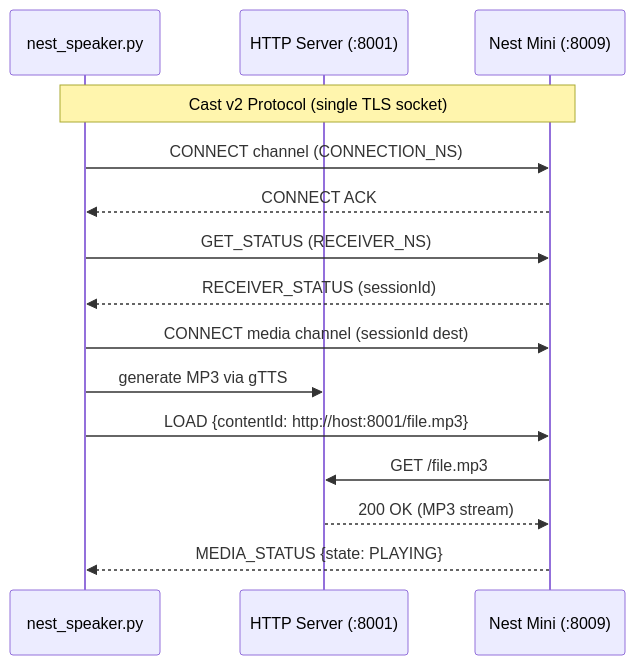
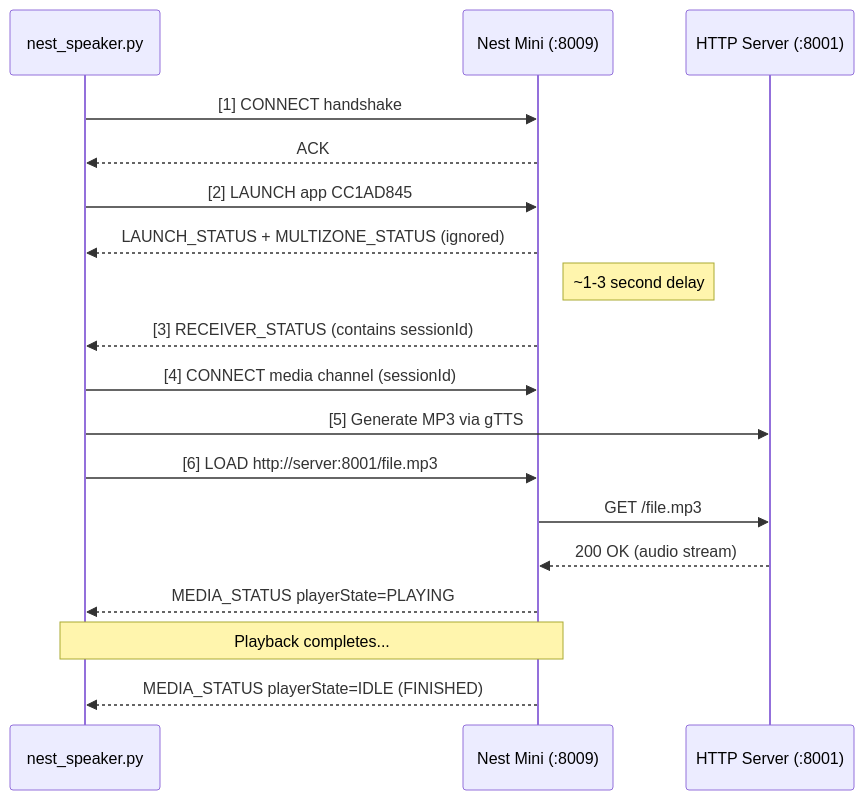
One commit to agent-daryl/NestSpeaker changed the diagram in README.md. Above: the diagram before and after it, drawn with Mermaid. The commit also changed other lines of this file and 1 other file, not shown here.

First line of the commit message:
feat: add --ip flag, auto-detect server IP, rewrite README for newcomers

````diff
--- a/README.md
+++ b/README.md
@@ -31,18 +88,21 @@
 ```mermaid
 sequenceDiagram
-    participant R as nest_speaker.py
+    participant S as nest_speaker.py
+    participant N as Nest Mini (:8009)
     participant H as HTTP Server (:8001)
-    participant N as Nest Mini (:8009)
 
-    Note over R,N: Cast v2 Protocol (single TLS socket)
-    R->>N: CONNECT channel (CONNECTION_NS)
-    N-->>R: CONNECT ACK
-    R->>N: GET_STATUS (RECEIVER_NS)
-    N-->>R: RECEIVER_STATUS (sessionId)
-    R->>N: CONNECT media channel (sessionId dest)
-    R->>H: generate MP3 via gTTS
-    R->>N: LOAD {contentId: http://host:8001/file.mp3}
+    S->>N: [1] CONNECT handshake
+    N-->>S: ACK
+    S->>N: [2] LAUNCH app CC1AD845
+    N-->>S: LAUNCH_STATUS + MULTIZONE_STATUS (ignored)
+    Note right of N: ~1-3 second delay
+    N-->>S: [3] RECEIVER_STATUS (contains sessionId)
+    S->>N: [4] CONNECT media channel (sessionId)
+    S->>H: [5] Generate MP3 via gTTS
+    S->>N: [6] LOAD http://server:8001/file.mp3
     N->>H: GET /file.mp3
-    H-->>N: 200 OK (MP3 stream)
-    N-->>R: MEDIA_STATUS {state: PLAYING}
+    H-->>N: 200 OK (audio stream)
+    N-->>S: MEDIA_STATUS playerState=PLAYING
+    Note over S,N: Playback completes...
+    N-->>S: MEDIA_STATUS playerState=IDLE (FINISHED)
 ```
````
